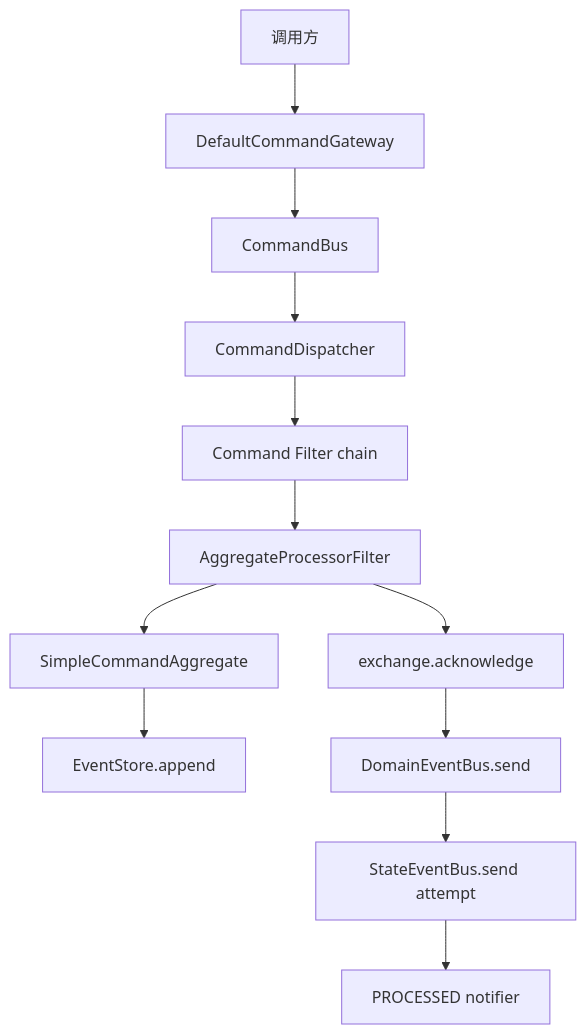
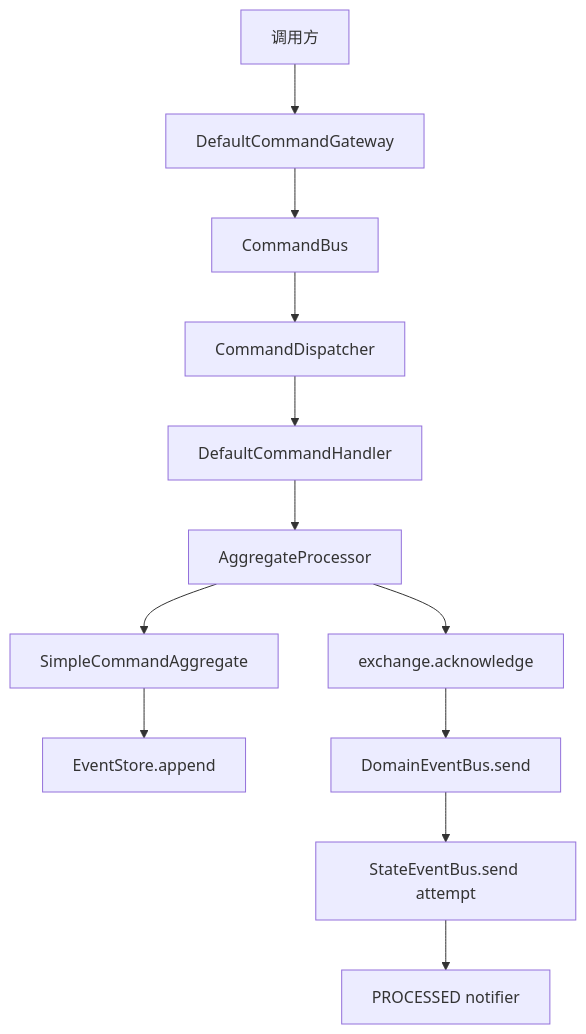
One commit to Ahoo-Wang/Wow changed the diagram in documentation/docs/zh/guide/command/internals/pipeline.md. Above: the diagram before and after it, drawn with Mermaid. The commit also changed other lines of this file and 46 other files, not shown here.

First line of the commit message:
refactor(core)!: replace the command filter chain with a fixed pipeline and CommandInstrumentation (K2 2/3, V5) (#3955)

````diff
--- a/documentation/docs/zh/guide/command/internals/pipeline.md
+++ b/documentation/docs/zh/guide/command/internals/pipeline.md
@@ -13,14 +13,14 @@
 ```mermaid
 flowchart TB
     Caller[调用方] --> Gateway[DefaultCommandGateway]
     Gateway --> Bus[CommandBus]
     Bus --> Dispatcher[CommandDispatcher]
-    Dispatcher --> Handler[Command Filter chain]
-    Handler --> Processor[AggregateProcessorFilter]
+    Dispatcher --> Handler[DefaultCommandHandler]
+    Handler --> Processor[AggregateProcessor]
     Processor --> Aggregate[SimpleCommandAggregate]
     Aggregate --> Store[EventStore.append]
     Processor --> Ack[exchange.acknowledge]
     Ack --> EventBus[DomainEventBus.send]
     EventBus --> StateBus[StateEventBus.send attempt]
     StateBus --> Processed[PROCESSED notifier]
 ```
````
